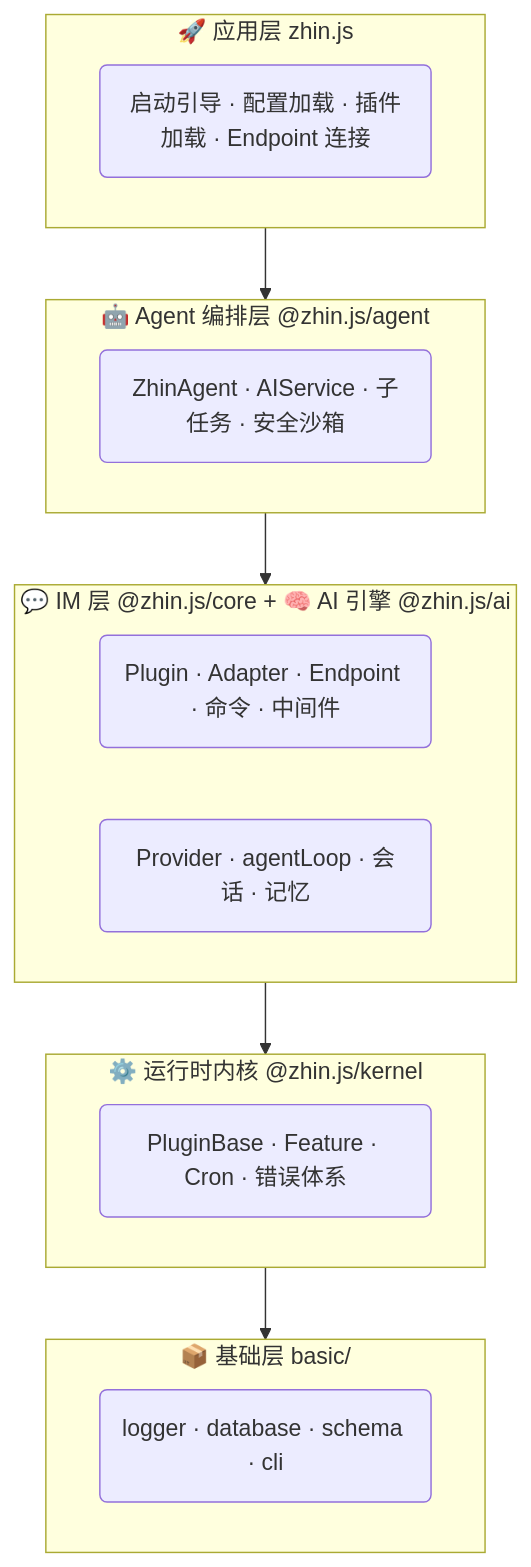
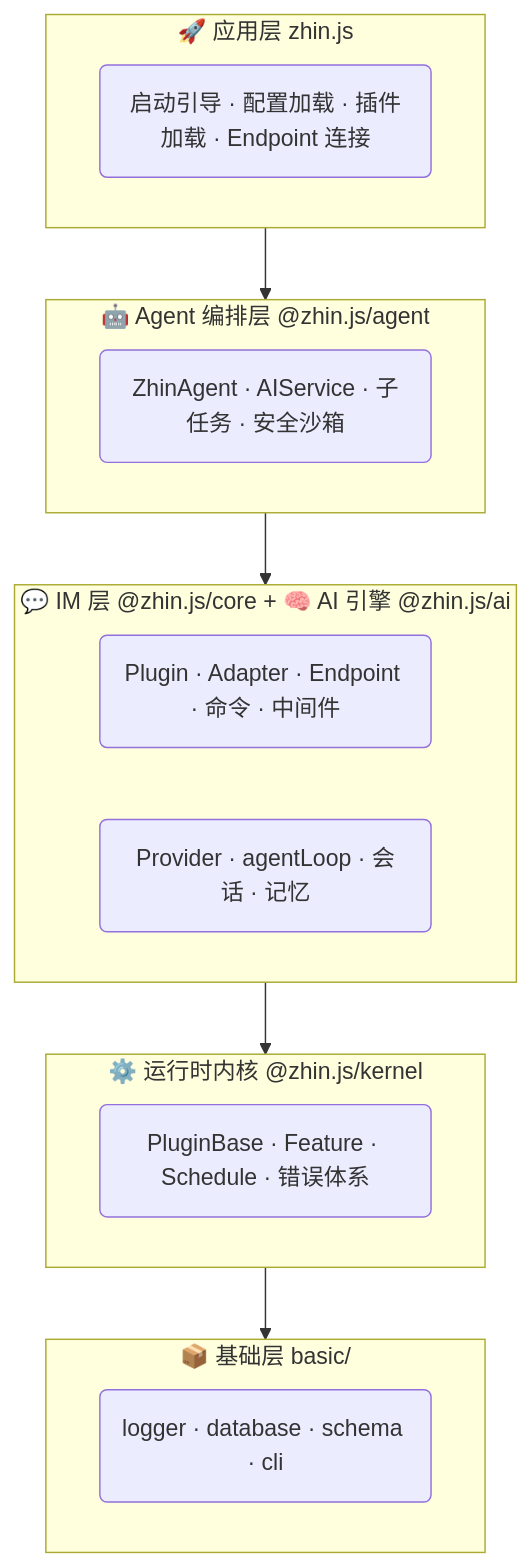
One commit to zhinjs/zhin changed the diagram in docs/architecture-overview.md. Above: the diagram before and after it, drawn with Mermaid. The commit also changed 1583 other files, not shown here.

````diff
--- a/docs/architecture-overview.md
+++ b/docs/architecture-overview.md
@@ -7,20 +7,20 @@
 ```mermaid
 graph TB
   subgraph L5["🚀 应用层 zhin.js"]
     L5A("启动引导 · 配置加载 · 插件加载 · Endpoint 连接")
   end
   subgraph L4["🤖 Agent 编排层 @zhin.js/agent"]
     L4A("ZhinAgent · AIService · 子任务 · 安全沙箱")
   end
   subgraph L3["💬 IM 层 @zhin.js/core + 🧠 AI 引擎 @zhin.js/ai"]
     L3A("Plugin · Adapter · Endpoint · 命令 · 中间件")
     L3B("Provider · agentLoop · 会话 · 记忆")
   end
   subgraph L2["⚙️ 运行时内核 @zhin.js/kernel"]
-    L2A("PluginBase · Feature · Cron · 错误体系")
+    L2A("PluginBase · Feature · Schedule · 错误体系")
   end
   subgraph L1["📦 基础层 basic/"]
     L1A("logger · database · schema · cli")
   end
   L5 --> L4 --> L3 --> L2 --> L1
 ```
````
